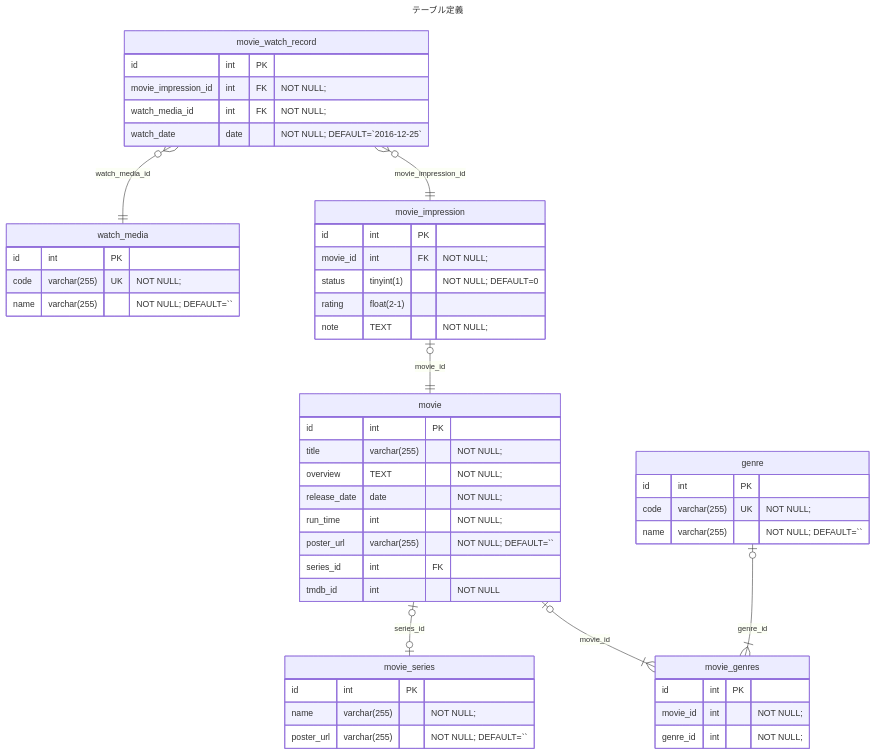
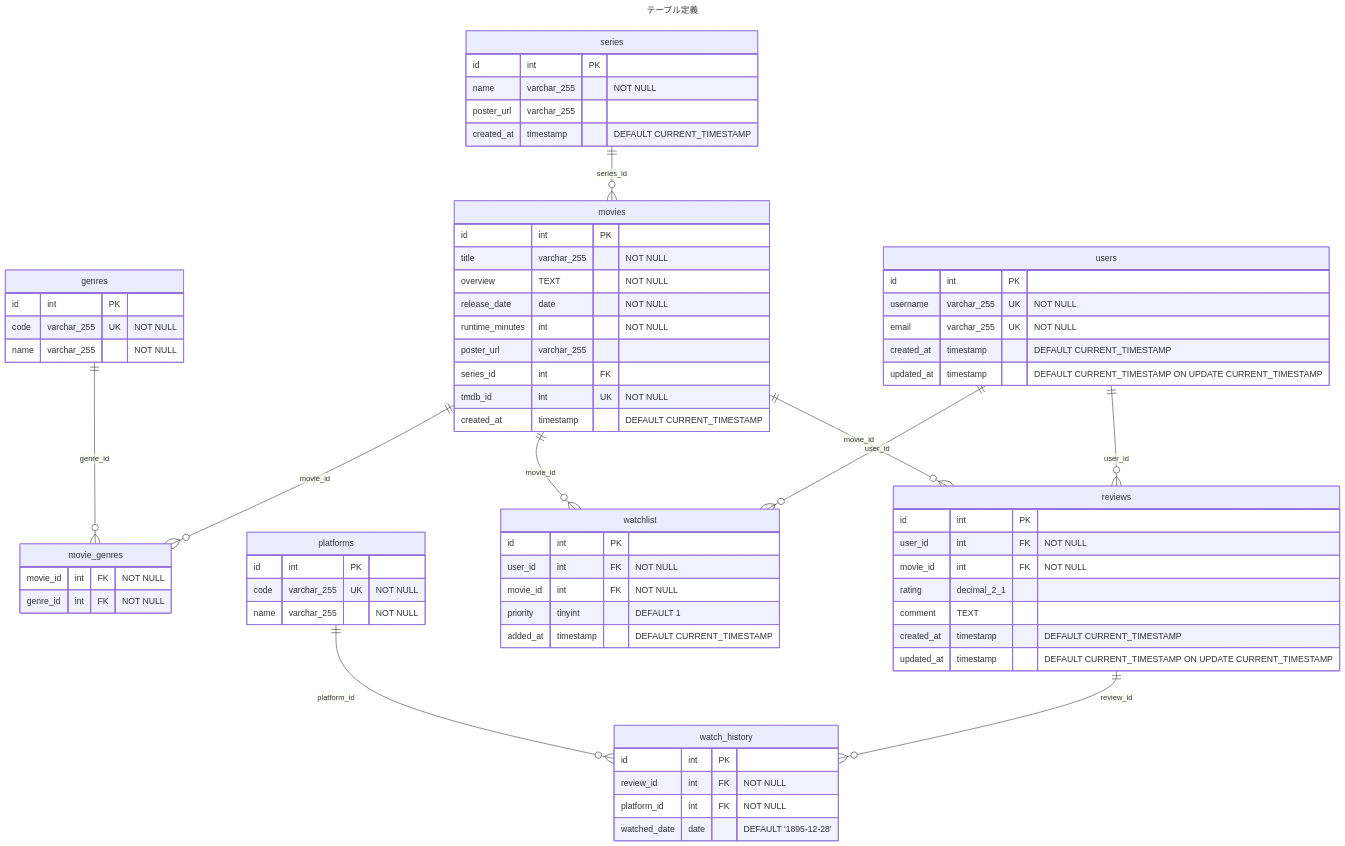
The diagram in docs/db_structure.md (takeYY/filmogophery), drawn with Mermaid before and after one commit.

Commit message:
change: db structure

````diff
--- a/docs/db_structure.md
+++ b/docs/db_structure.md
@@ -4,56 +4,83 @@
 ---
 
 erDiagram
-    g[genre] {
-        id   int          PK ""
-        code varchar(255) UK "NOT NULL;"
-        name varchar(255)    "NOT NULL; DEFAULT=``"
+    users {
+        id          int PK
+        username    varchar_255 UK  "NOT NULL"
+        email       varchar_255 UK  "NOT NULL"
+        created_at  timestamp       "DEFAULT CURRENT_TIMESTAMP"
+        updated_at  timestamp       "DEFAULT CURRENT_TIMESTAMP ON UPDATE CURRENT_TIMESTAMP"
     }
-    ms[movie_series] {
-        id         int          PK ""
-        name       varchar(255)    "NOT NULL;"
-        poster_url varchar(255)    "NOT NULL; DEFAULT=``"
+
+    genres {
+        id      int PK
+        code    varchar_255 UK  "NOT NULL"
+        name    varchar_255     "NOT NULL"
     }
-    m[movie] {
-        id           int          PK ""
-        title        varchar(255)    "NOT NULL;"
-        overview     TEXT            "NOT NULL;"
-        release_date date            "NOT NULL;"
-        run_time     int             "NOT NULL;"
-        poster_url   varchar(255)    "NOT NULL; DEFAULT=``"
-        series_id    int          FK ""
-        tmdb_id      int             "NOT NULL"
+
+    series {
+        id          int PK
+        name        varchar_255 "NOT NULL"
+        poster_url  varchar_255
+        created_at  timestamp   "DEFAULT CURRENT_TIMESTAMP"
     }
-    m o|--|o ms: series_id
 
-    mg[movie_genres] {
-        id       int PK ""
-        movie_id int    "NOT NULL;"
-        genre_id int    "NOT NULL;"
+    movies {
+        id              int         PK
+        title           varchar_255     "NOT NULL"
+        overview        TEXT            "NOT NULL"
+        release_date    date            "NOT NULL"
+        runtime_minutes int             "NOT NULL"
+        poster_url      varchar_255
+        series_id       int         FK
+        tmdb_id         int         UK  "NOT NULL"
+        created_at      timestamp       "DEFAULT CURRENT_TIMESTAMP"
     }
-    m o|--|{ mg: movie_id
-    g o|--|{ mg: genre_id
 
-    wm[watch_media] {
-        id   int          PK ""
-        code varchar(255) UK "NOT NULL;"
-        name varchar(255)    "NOT NULL; DEFAULT=``"
+    movie_genres {
+        movie_id int FK "NOT NULL"
+        genre_id int FK "NOT NULL"
     }
-    mi[movie_impression] {
-        id       int         PK ""
-        movie_id int         FK "NOT NULL;"
-        status   tinyint(1)     "NOT NULL; DEFAULT=0"
-        rating   float(2-1)     ""
-        note     TEXT           "NOT NULL;"
+
+    platforms {
+        id      int         PK
+        code    varchar_255 UK  "NOT NULL"
+        name    varchar_255     "NOT NULL"
     }
-    mi o|--|| m: movie_id
 
-    mwr[movie_watch_record] {
-        id                  int   PK ""
-        movie_impression_id int   FK "NOT NULL;"
-        watch_media_id      int   FK "NOT NULL;"
-        watch_date          date     "NOT NULL; DEFAULT=`2016-12-25`"
+    watchlist {
+        id          int         PK
+        user_id     int         FK  "NOT NULL"
+        movie_id    int         FK  "NOT NULL"
+        priority    tinyint         "DEFAULT 1"
+        added_at    timestamp       "DEFAULT CURRENT_TIMESTAMP"
     }
-    mwr }o--|| mi: movie_impression_id
-    mwr }o--|| wm: watch_media_id
+
+    reviews {
+        id          int         PK
+        user_id     int         FK  "NOT NULL"
+        movie_id    int         FK  "NOT NULL"
+        rating      decimal_2_1
+        comment     TEXT
+        created_at  timestamp       "DEFAULT CURRENT_TIMESTAMP"
+        updated_at  timestamp       "DEFAULT CURRENT_TIMESTAMP ON UPDATE CURRENT_TIMESTAMP"
+    }
+
+    watch_history {
+        id              int         PK
+        review_id       int         FK  "NOT NULL"
+        platform_id     int         FK  "NOT NULL"
+        watched_date    date            "DEFAULT '1895-12-28'"
+    }
+
+    users ||--o{ watchlist : user_id
+    users ||--o{ reviews : user_id
+    movies ||--o{ watchlist : movie_id
+    movies ||--o{ reviews : movie_id
+    movies ||--o{ movie_genres : movie_id
+    genres ||--o{ movie_genres : genre_id
+    series ||--o{ movies : series_id
+    reviews ||--o{ watch_history : review_id
+    platforms ||--o{ watch_history : platform_id
+
 ```
````
